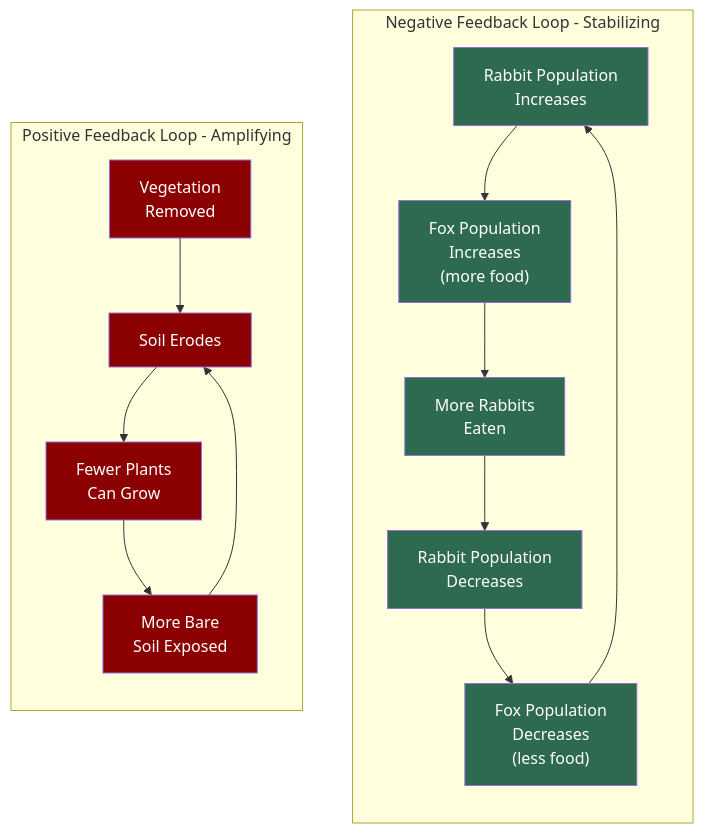
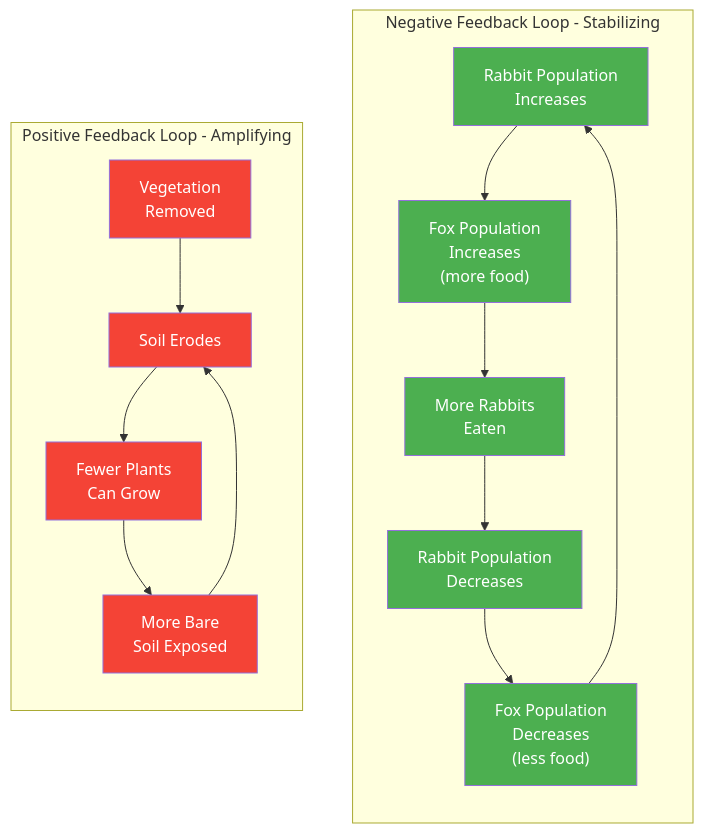
The first of 2 diagrams in docs/chapters/15-systems-thinking-ecology/index.md (arunbatchu/minnesota-native-plants), drawn with Mermaid before and after one commit. The commit also changed other lines of this file and 10 other files, not shown here.

First line of the commit message:
Fix Mermaid diagram colors for accessibility — high contrast palette

````diff
--- a/docs/chapters/15-systems-thinking-ecology/index.md
+++ b/docs/chapters/15-systems-thinking-ecology/index.md
@@ -64,29 +64,29 @@
 ```mermaid
 graph TD
     subgraph Negative Feedback Loop - Stabilizing
         direction TB
         A1["Rabbit Population<br>Increases"] --> A2["Fox Population<br>Increases<br>(more food)"]
         A2 --> A3["More Rabbits<br>Eaten"]
         A3 --> A4["Rabbit Population<br>Decreases"]
         A4 --> A5["Fox Population<br>Decreases<br>(less food)"]
         A5 --> A1
     end
 
     subgraph Positive Feedback Loop - Amplifying
         direction TB
         B1["Vegetation<br>Removed"] --> B2["Soil Erodes"]
         B2 --> B3["Fewer Plants<br>Can Grow"]
         B3 --> B4["More Bare<br>Soil Exposed"]
         B4 --> B2
     end
 
-    style A1 fill:#2d6a4f,color:#fff
-    style A2 fill:#2d6a4f,color:#fff
-    style A3 fill:#2d6a4f,color:#fff
-    style A4 fill:#2d6a4f,color:#fff
-    style A5 fill:#2d6a4f,color:#fff
-    style B1 fill:#8b0000,color:#fff
-    style B2 fill:#8b0000,color:#fff
-    style B3 fill:#8b0000,color:#fff
-    style B4 fill:#8b0000,color:#fff
+    style A1 fill:#4CAF50,color:#fff
+    style A2 fill:#4CAF50,color:#fff
+    style A3 fill:#4CAF50,color:#fff
+    style A4 fill:#4CAF50,color:#fff
+    style A5 fill:#4CAF50,color:#fff
+    style B1 fill:#F44336,color:#fff
+    style B2 fill:#F44336,color:#fff
+    style B3 fill:#F44336,color:#fff
+    style B4 fill:#F44336,color:#fff
 ```
````
